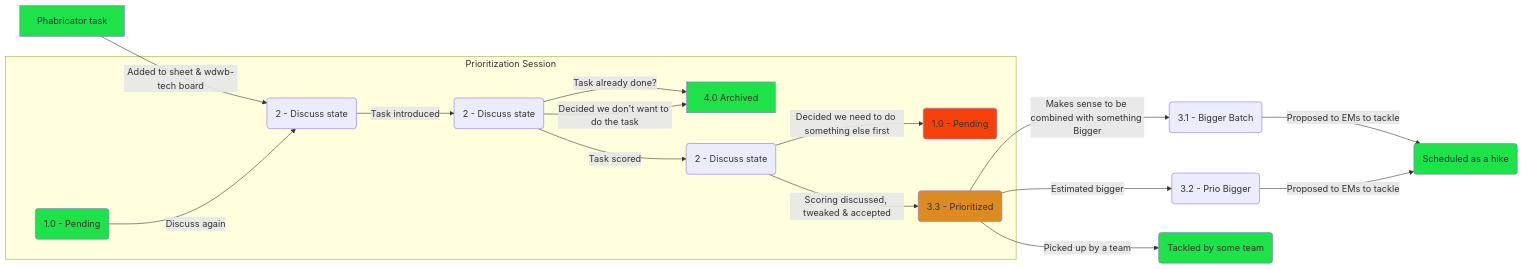
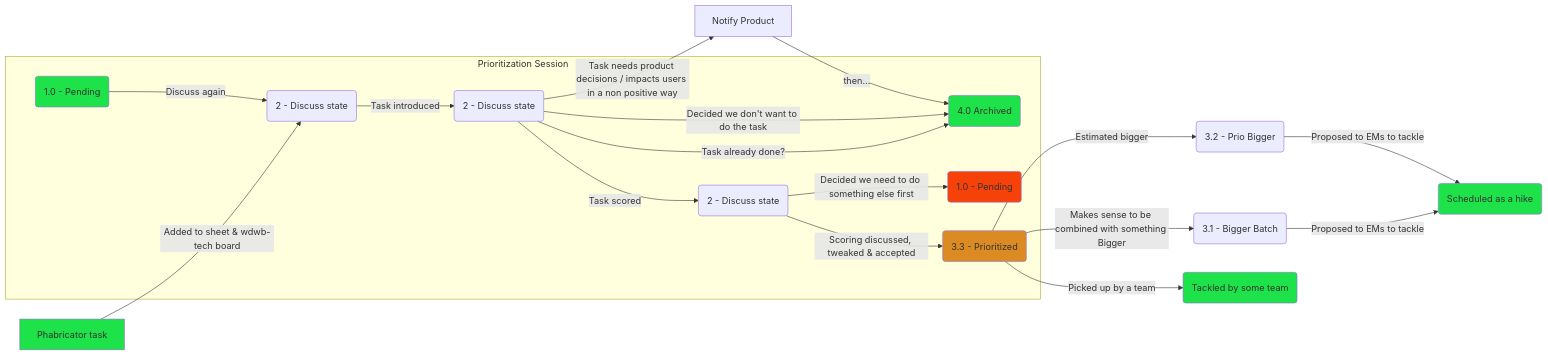
Before and after one commit to wmde/wikidata-wikibase-team: the second of 2 diagrams in pages/process.md, drawn with Mermaid. The commit also changed other lines of this file, not shown here.

````diff
--- a/pages/process.md
+++ b/pages/process.md
@@ -45,31 +128,34 @@
 ```mermaid
 graph LR
 A[Phabricator task]:::woo -->|Added to sheet & wdwb-tech board| 2(2 - Discuss state)
 
 subgraph session [Prioritization Session]
 
 1.0-start(1.0 - Pending):::woo -->|Discuss again| 2(2 - Discuss state)
 
 2(2 - Discuss state) -->|Task introduced| 2a(2 - Discuss state)
 
 2a(2 - Discuss state) -->|Task already done?|4.0(4.0 Archived)
 2a(2 - Discuss state) -->|Decided we don't want to do the task|4.0[4.0 Archived]:::woo
 
 2a(2 - Discuss state) -->|Task scored| 2b(2 - Discuss state)
 2b(2 - Discuss state) -->|Decided we need to do something else first| 1.0(1.0 - Pending):::final
 2b(2 - Discuss state) -->|Scoring discussed, tweaked & accepted| 3.3(3.3 - Prioritized):::mid
 
 end
 
+2a(2 - Discuss state) -->|Task needs product decisions / impacts users in a non positive way|N1[Notify Product]
+N1[Notify Product] -->|then...|4.0(4.0 Archived)
+
 3.3(3.3 - Prioritized) -->|Makes sense to be combined with something Bigger|3.1(3.1 - Bigger Batch)
 3.3(3.3 - Prioritized) -->|Estimated bigger|3.2(3.2 - Prio Bigger)
 
 3.3(3.3 - Prioritized) -->|Picked up by a team|X1(Tackled by some team):::woo
 
 3.1(3.1 - Bigger Batch) -->| Proposed to EMs to tackle|X2(Scheduled as a hike):::woo
 3.2(3.2 - Prio Bigger) -->| Proposed to EMs to tackle|X2(Scheduled as a hike):::woo
 
 classDef woo fill:#1de249;
 classDef final fill:#f64209;
 classDef mid fill:#dc8b23;
 ```
````
